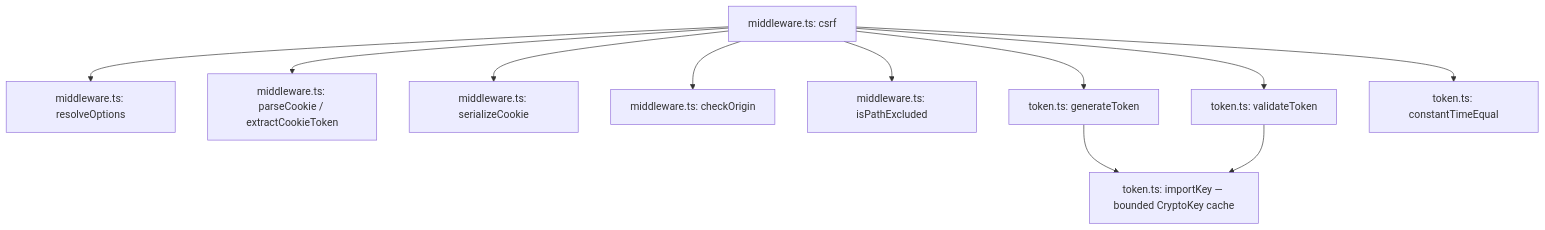
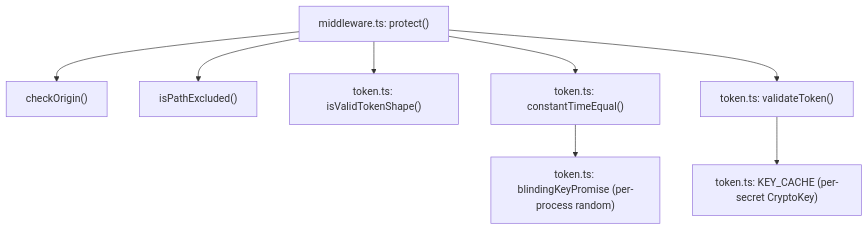
The second of 4 diagrams in packages/middleware/csrf/ARCHITECTURE.md (0xTanzim/nextRush), drawn with Mermaid before and after one commit. The commit also changed other lines of this file and 18 other files, not shown here.

First line of the commit message:
fix(csrf): harden CSRF middleware defaults — SEC-03,04,05,06,15,19

````diff
--- a/packages/middleware/csrf/ARCHITECTURE.md
+++ b/packages/middleware/csrf/ARCHITECTURE.md
@@ -120,13 +124,10 @@
 ```mermaid
 graph TD
-    Middleware[middleware.ts: csrf] --> ResolveOptions[middleware.ts: resolveOptions]
-    Middleware --> ParseCookie[middleware.ts: parseCookie / extractCookieToken]
-    Middleware --> SerializeCookie[middleware.ts: serializeCookie]
-    Middleware --> CheckOrigin[middleware.ts: checkOrigin]
-    Middleware --> PathExclusion[middleware.ts: isPathExcluded]
-    Middleware --> Token[token.ts: generateToken]
-    Middleware --> TokenValidate[token.ts: validateToken]
-    Middleware --> TokenCompare[token.ts: constantTimeEqual]
-    Token --> KeyCache[token.ts: importKey — bounded CryptoKey cache]
-    TokenValidate --> KeyCache
+    Middleware["middleware.ts: protect()"] --> Origin["checkOrigin()"]
+    Middleware --> Exclude["isPathExcluded()"]
+    Middleware --> Shape["token.ts: isValidTokenShape()"]
+    Middleware --> Compare["token.ts: constantTimeEqual()"]
+    Middleware --> Verify["token.ts: validateToken()"]
+    Verify --> KeyCache["token.ts: KEY_CACHE (per-secret CryptoKey)"]
+    Compare --> BlindKey["token.ts: blindingKeyPromise (per-process random)"]
 ```
````
